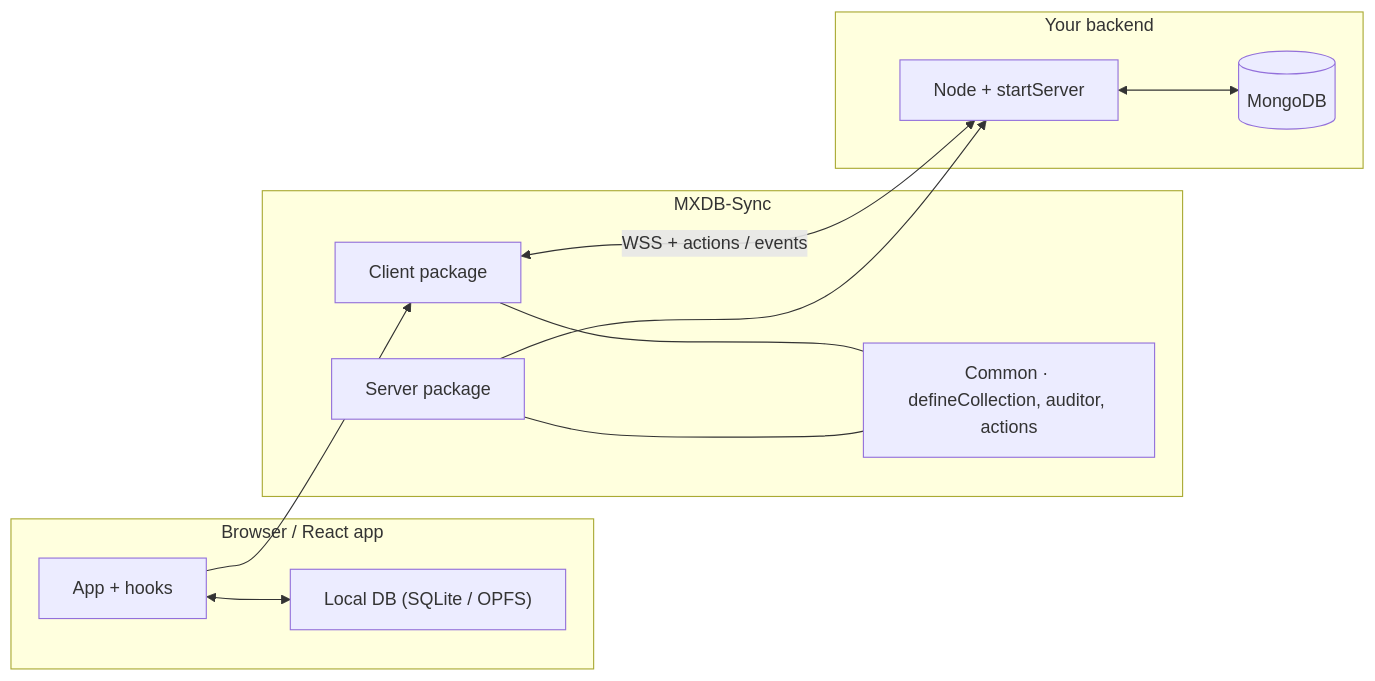
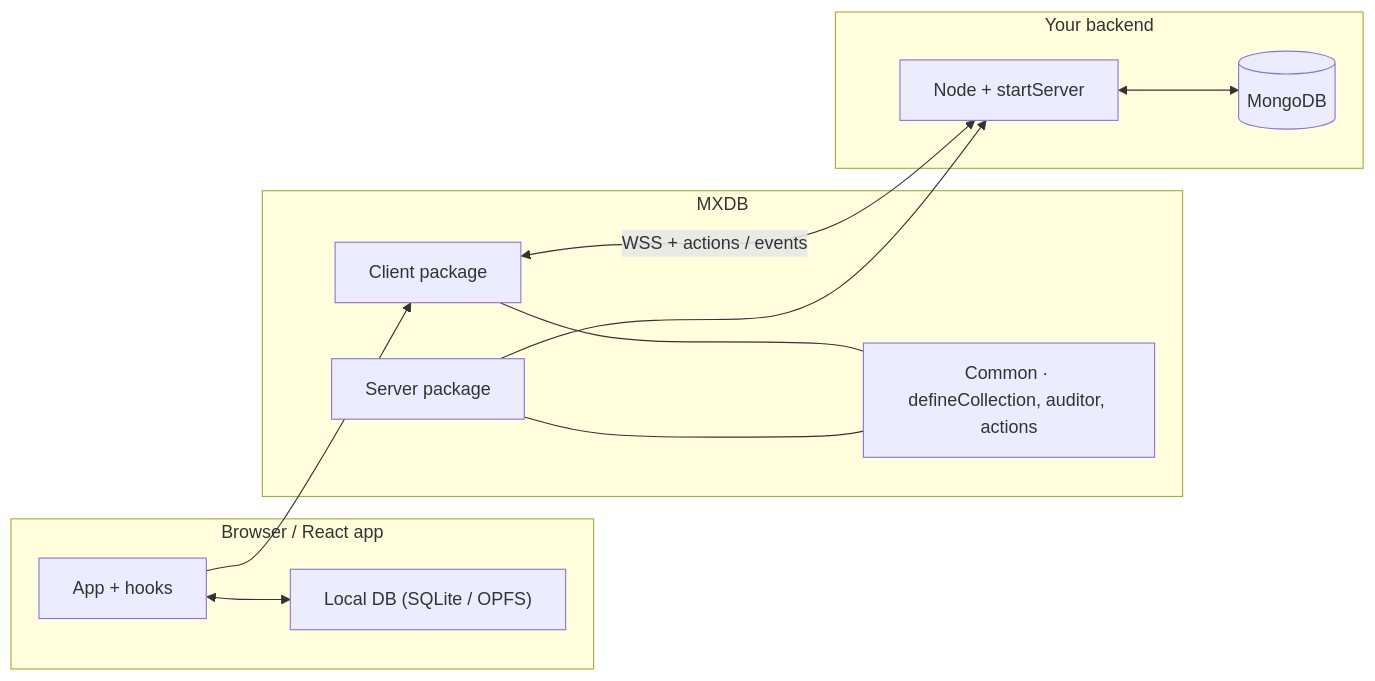
Before and after one commit to Anupheaus/mxdb: the first of 6 diagrams in docs/reference/tech-overview.md, drawn with Mermaid. The commit also changed other lines of this file and 32 other files, not shown here.

First line of the commit message:
refactor: rename package from @anupheaus/mxdb-sync to @anupheaus/mxdb

````diff
--- a/docs/reference/tech-overview.md
+++ b/docs/reference/tech-overview.md
@@ -11,26 +11,26 @@
 ```mermaid
 flowchart LR
   subgraph client["Browser / React app"]
     UI["App + hooks"]
     LOC["Local DB (SQLite / OPFS)"]
     UI <--> LOC
   end
 
-  subgraph mxdb["MXDB-Sync"]
+  subgraph mxdb["MXDB"]
     CL["Client package"]
     SV["Server package"]
     CM["Common · defineCollection, auditor, actions"]
     CL --- CM
     SV --- CM
   end
 
   subgraph backend["Your backend"]
     NODE["Node + startServer"]
     MDB[(MongoDB)]
     NODE <--> MDB
   end
 
   UI --> CL
   CL <-->|"WSS + actions / events"| NODE
   SV --> NODE
 ```
````
